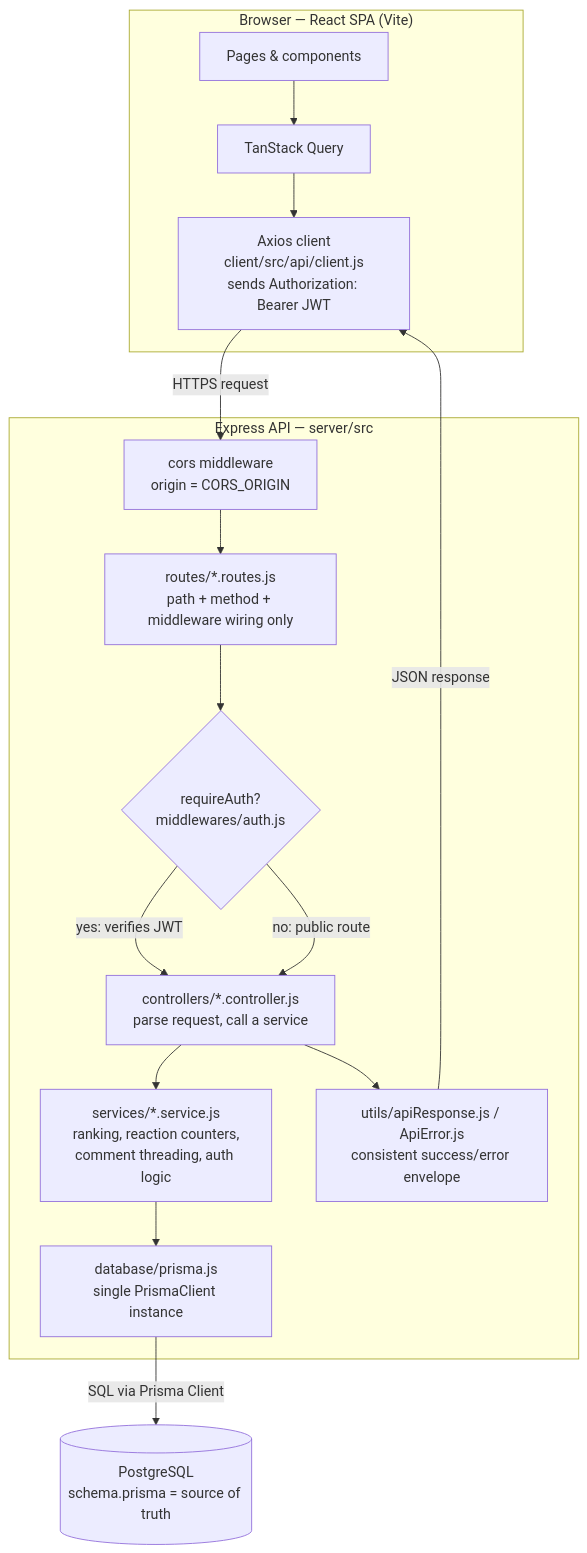
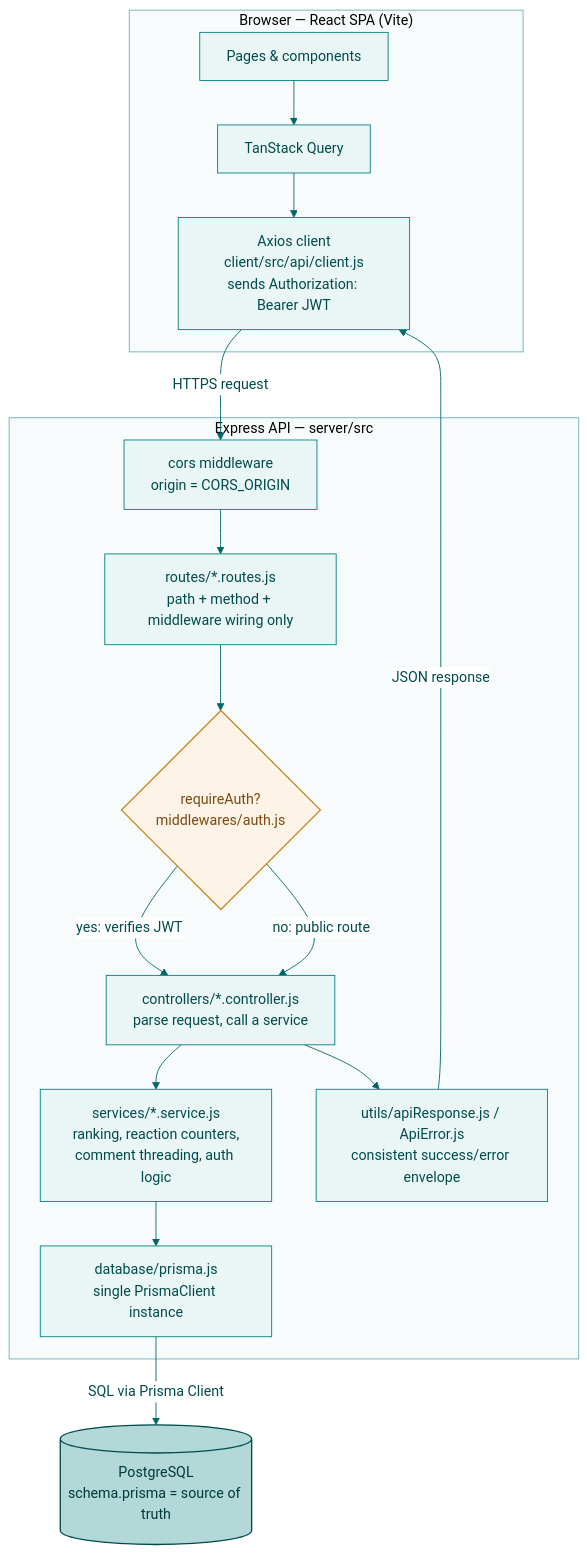
Before and after one commit to habibour/6sense_devPlatform: the first of 2 diagrams in README.md, drawn with Mermaid. The commit also changed other lines of this file, not shown here.

Commit message:
Restyle the README's Mermaid diagrams with a cohesive teal theme
Both architecture diagrams used Mermaid's default stark black-and-white
look. Adds a themeVariables init directive matching the app's brand teal
palette (soft fills, teal borders/lines, Inter font) plus classDef
highlights for the decision point (requireAuth branch) and storage nodes
(Postgres/Neon), so the diagrams read as part of the same visual system as
the rest of the README instead of generic default-styled flowcharts.

No structural change to either diagram — same nodes, edges, and labels.

Claude-Session: https://claude.ai/code/session_01JCxRTBKQxqcHXxRkXYYLWt

````diff
--- a/README.md
+++ b/README.md
@@ -57,21 +57,27 @@
 ```mermaid
+%%{init: {"theme": "base", "themeVariables": {"primaryColor": "#eaf5f5", "primaryBorderColor": "#008080", "primaryTextColor": "#004c4c", "lineColor": "#006666", "secondaryColor": "#b2d8d8", "tertiaryColor": "#ffffff", "fontFamily": "Inter, ui-sans-serif, sans-serif", "clusterBkg": "#f7fbfb", "clusterBorder": "#66b2b2", "edgeLabelBackground": "#ffffff"}}}%%
 flowchart TD
     subgraph Client["Browser — React SPA (Vite)"]
         UI["Pages & components"] --> RQ["TanStack Query"] --> AX["Axios client<br/>client/src/api/client.js<br/>sends Authorization: Bearer JWT"]
     end
 
     AX -->|"HTTPS request"| CORS
 
     subgraph API["Express API — server/src"]
         CORS["cors middleware<br/>origin = CORS_ORIGIN"] --> RT["routes/*.routes.js<br/>path + method + middleware wiring only"]
         RT --> AUTH{"requireAuth?<br/>middlewares/auth.js"}
         AUTH -->|"yes: verifies JWT"| CTRL
         AUTH -->|"no: public route"| CTRL["controllers/*.controller.js<br/>parse request, call a service"]
         CTRL --> SVC["services/*.service.js<br/>ranking, reaction counters,<br/>comment threading, auth logic"]
         SVC --> PRISMA["database/prisma.js<br/>single PrismaClient instance"]
         CTRL --> RESP["utils/apiResponse.js / ApiError.js<br/>consistent success/error envelope"]
     end
 
     PRISMA -->|"SQL via Prisma Client"| DB[("PostgreSQL<br/>schema.prisma = source of truth")]
     RESP -->|"JSON response"| AX
+
+    classDef decision fill:#fdf3e7,stroke:#c98a2b,color:#7a4a10,stroke-width:1.5px;
+    classDef store fill:#b2d8d8,stroke:#004c4c,color:#003939,stroke-width:1.5px;
+    class AUTH decision;
+    class DB store;
 ```
````
